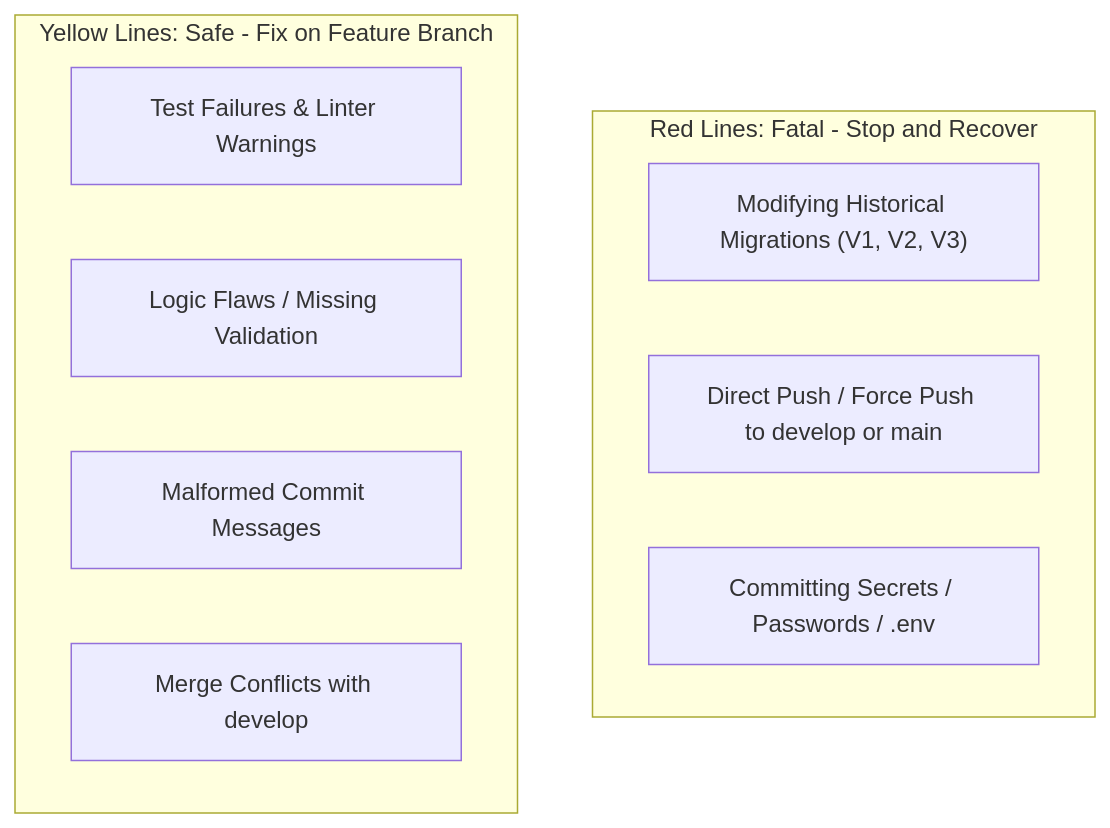
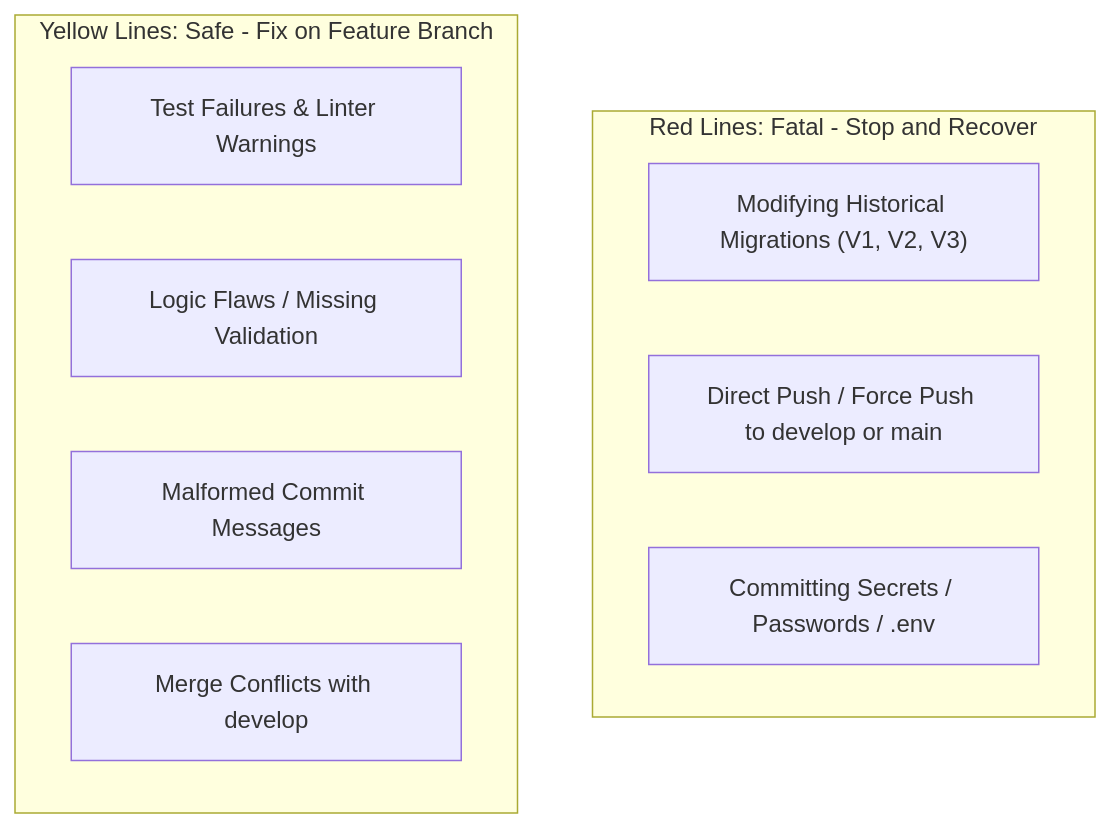
The second of 2 diagrams in docs/DEVELOPER_WORKFLOW_PLAYBOOK.md (Varian08/smart-local-planner), drawn with Mermaid before and after one commit. The commit also changed other lines of this file and 4 other files, not shown here.

Commit message:
docs(mermaid): disable htmlLabels and remove HTML bold tags to prevent SVG foreignObject text clipping

````diff
--- a/docs/DEVELOPER_WORKFLOW_PLAYBOOK.md
+++ b/docs/DEVELOPER_WORKFLOW_PLAYBOOK.md
@@ -199,15 +200,16 @@
 ```mermaid
+%%{init: {'flowchart': {'htmlLabels': false}}}%%
 flowchart TD
     subgraph RedLines ["Red Lines: Fatal - Stop and Recover"]
         R1["Modifying Historical Migrations (V1, V2, V3)"]
         R2["Direct Push / Force Push to develop or main"]
         R3["Committing Secrets / Passwords / .env"]
     end
 
     subgraph YellowLines ["Yellow Lines: Safe - Fix on Feature Branch"]
         Y1["Test Failures & Linter Warnings"]
         Y2["Logic Flaws / Missing Validation"]
         Y3["Malformed Commit Messages"]
         Y4["Merge Conflicts with develop"]
     end
 ```
````
